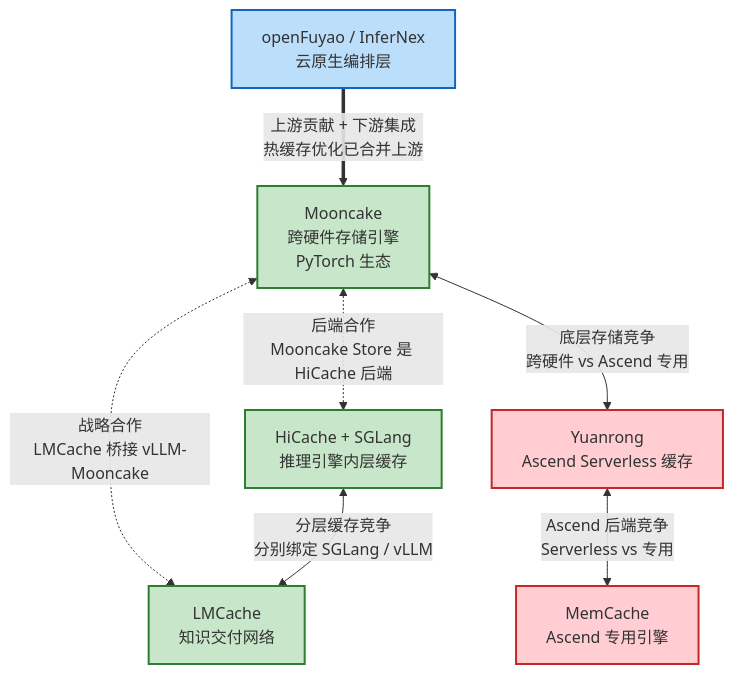
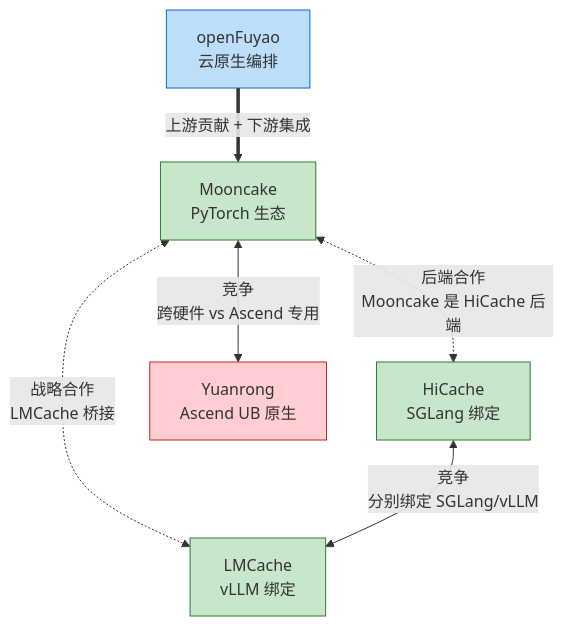
The seventh of 10 diagrams in docs/superpowers/briefings/2026-06-11-distributed-kvcache-executive-briefing.md (QJWang23/Mooncake), drawn with Mermaid before and after one commit. The commit also changed other lines of this file, not shown here.

````diff
--- a/docs/superpowers/briefings/2026-06-11-distributed-kvcache-executive-briefing.md
+++ b/docs/superpowers/briefings/2026-06-11-distributed-kvcache-executive-briefing.md
@@ -307,25 +239,23 @@
 ```mermaid
 graph TB
-    MK["Mooncake<br/>跨硬件存储引擎<br/>PyTorch 生态"]
-    HC["HiCache + SGLang<br/>推理引擎内层缓存"]
-    LMC["LMCache<br/>知识交付网络"]
-    YR["Yuanrong<br/>Ascend Serverless 缓存"]
-    MC["MemCache<br/>Ascend 专用引擎"]
-    OF["openFuyao / InferNex<br/>云原生编排层"]
+    MK["Mooncake<br/>PyTorch 生态"]
+    HC["HiCache<br/>SGLang 绑定"]
+    LMC["LMCache<br/>vLLM 绑定"]
+    YR["Yuanrong<br/>Ascend UB 原生"]
+    OF["openFuyao<br/>云原生编排"]
 
-    MK <-.->|战略合作<br/>LMCache 桥接 vLLM-Mooncake| LMC
-    MK <-.->|后端合作<br/>Mooncake Store 是 HiCache 后端| HC
+    MK <-.->|战略合作<br/>LMCache 桥接| LMC
+    MK <-.->|后端合作<br/>Mooncake 是 HiCache 后端| HC
 
-    HC <-->|分层缓存竞争<br/>分别绑定 SGLang / vLLM| LMC
-    MK <-->|底层存储竞争<br/>跨硬件 vs Ascend 专用| YR
-    YR <-->|Ascend 后端竞争<br/>Serverless vs 专用| MC
+    HC <-->|竞争<br/>分别绑定 SGLang/vLLM| LMC
+    MK <-->|竞争<br/>跨硬件 vs Ascend 专用| YR
 
-    OF ==>|上游贡献 + 下游集成<br/>热缓存优化已合并上游| MK
+    OF ==>|上游贡献 + 下游集成| MK
 
-    classDef coop fill:#c8e6c9,stroke:#2e7d32,stroke-width:2px
-    classDef comp fill:#ffcdd2,stroke:#c62828,stroke-width:2px
-    classDef supply fill:#bbdefb,stroke:#1565c0,stroke-width:2px
+    classDef coop fill:#c8e6c9,stroke:#2e7d32
+    classDef comp fill:#ffcdd2,stroke:#c62828
+    classDef supply fill:#bbdefb,stroke:#1565c0
     class MK,LMC,HC coop
-    class YR,MC comp
+    class YR comp
     class OF supply
 ```
````
